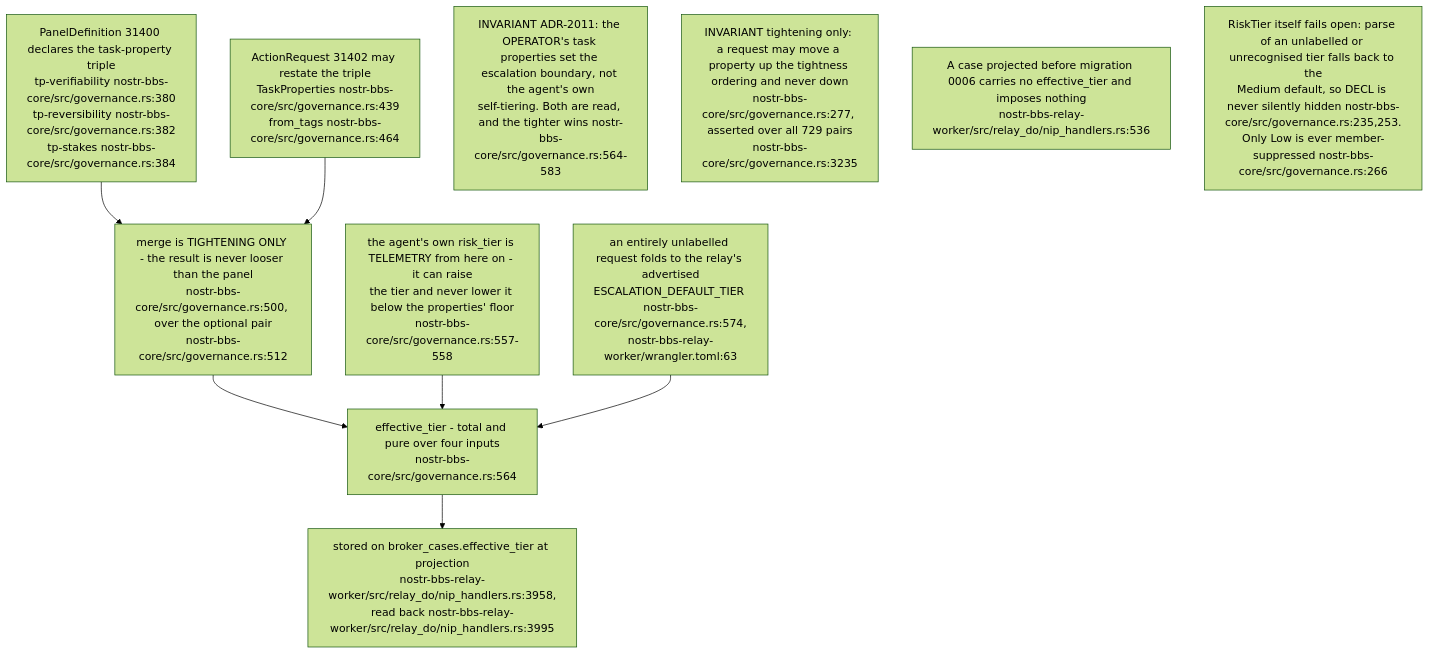
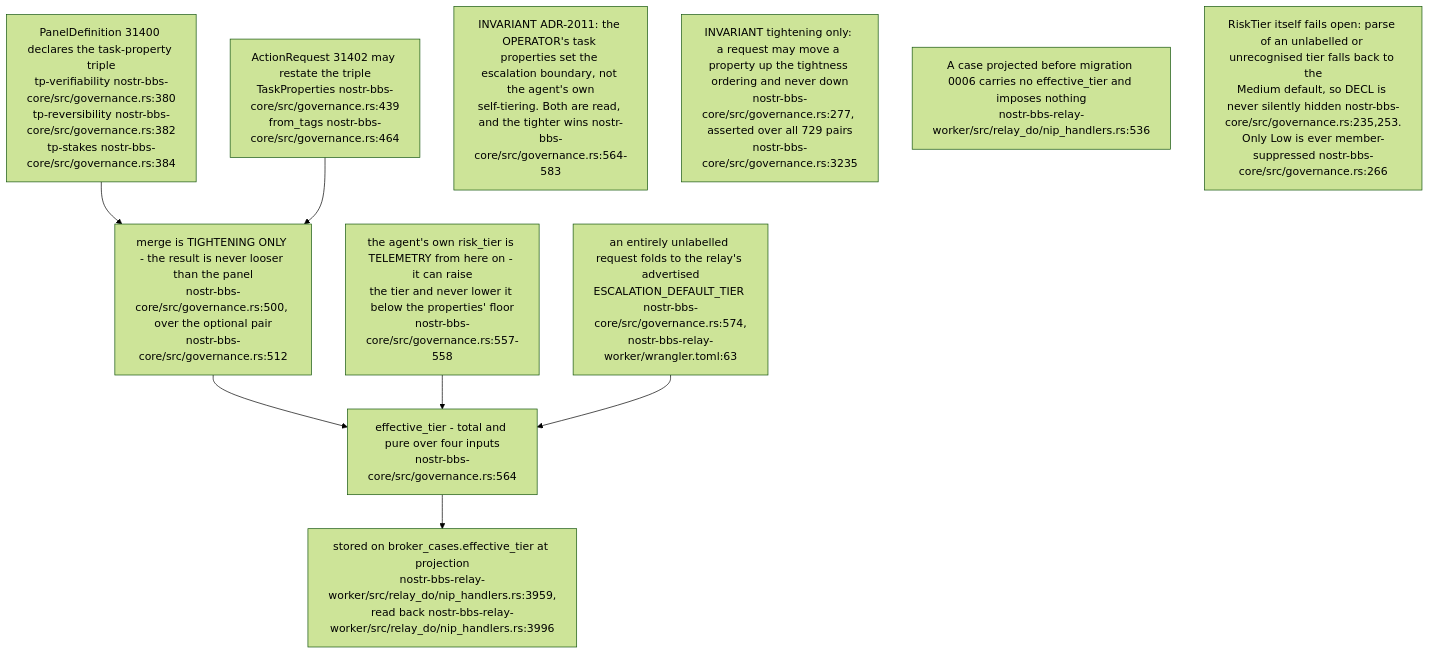
The tenth of 18 diagrams in docs/diagrams/nostr-rust-forum/06-agent-control-surface-31400-31405.md (DreamLab-AI/VisionFlow), drawn with Mermaid (forest theme) before and after one commit. The commit also changed other lines of this file and 23 other files, not shown here.

First line of the commit message:
docs(diagrams): pass C nostr-rust-forum area re-verified at de31aaa

````diff
--- a/docs/diagrams/nostr-rust-forum/06-agent-control-surface-31400-31405.md
+++ b/docs/diagrams/nostr-rust-forum/06-agent-control-surface-31400-31405.md
@@ -304,22 +304,22 @@
 ```mermaid
 flowchart TB
     PANEL["PanelDefinition 31400 declares the task-property triple<br/>tp-verifiability nostr-bbs-core/src/governance.rs:380<br/>tp-reversibility nostr-bbs-core/src/governance.rs:382<br/>tp-stakes nostr-bbs-core/src/governance.rs:384"]
     REQUEST["ActionRequest 31402 may restate the triple<br/>TaskProperties nostr-bbs-core/src/governance.rs:439<br/>from_tags nostr-bbs-core/src/governance.rs:464"]
     MERGE["merge is TIGHTENING ONLY - the result is never looser than the panel<br/>nostr-bbs-core/src/governance.rs:500, over the optional pair<br/>nostr-bbs-core/src/governance.rs:512"]
     TIER["effective_tier - total and pure over four inputs<br/>nostr-bbs-core/src/governance.rs:564"]
     DECL["the agent's own risk_tier is TELEMETRY from here on - it can raise<br/>the tier and never lower it below the properties' floor<br/>nostr-bbs-core/src/governance.rs:557-558"]
     DEF["an entirely unlabelled request folds to the relay's advertised<br/>ESCALATION_DEFAULT_TIER nostr-bbs-core/src/governance.rs:574,<br/>nostr-bbs-relay-worker/wrangler.toml:63"]
-    STORE["stored on broker_cases.effective_tier at projection<br/>nostr-bbs-relay-worker/src/relay_do/nip_handlers.rs:3958,<br/>read back nostr-bbs-relay-worker/src/relay_do/nip_handlers.rs:3995"]
+    STORE["stored on broker_cases.effective_tier at projection<br/>nostr-bbs-relay-worker/src/relay_do/nip_handlers.rs:3959,<br/>read back nostr-bbs-relay-worker/src/relay_do/nip_handlers.rs:3996"]
 
     PANEL --> MERGE
     REQUEST --> MERGE
     MERGE --> TIER
     DECL --> TIER
     DEF --> TIER
     TIER --> STORE
 
     N1["INVARIANT ADR-2011: the OPERATOR's task properties set the escalation boundary, not the agent's own<br/>self-tiering. Both are read, and the tighter wins nostr-bbs-core/src/governance.rs:564-583"]
     N2["INVARIANT tightening only: a request may move a property up the tightness ordering and never down<br/>nostr-bbs-core/src/governance.rs:277, asserted over all 729 pairs<br/>nostr-bbs-core/src/governance.rs:3235"]
     N3["A case projected before migration 0006 carries no effective_tier and imposes nothing<br/>nostr-bbs-relay-worker/src/relay_do/nip_handlers.rs:536"]
     N4["RiskTier itself fails open: parse of an unlabelled or unrecognised tier falls back to the<br/>Medium default, so DECL is never silently hidden nostr-bbs-core/src/governance.rs:235,253.<br/>Only Low is ever member-suppressed nostr-bbs-core/src/governance.rs:266"]
 ```
````
